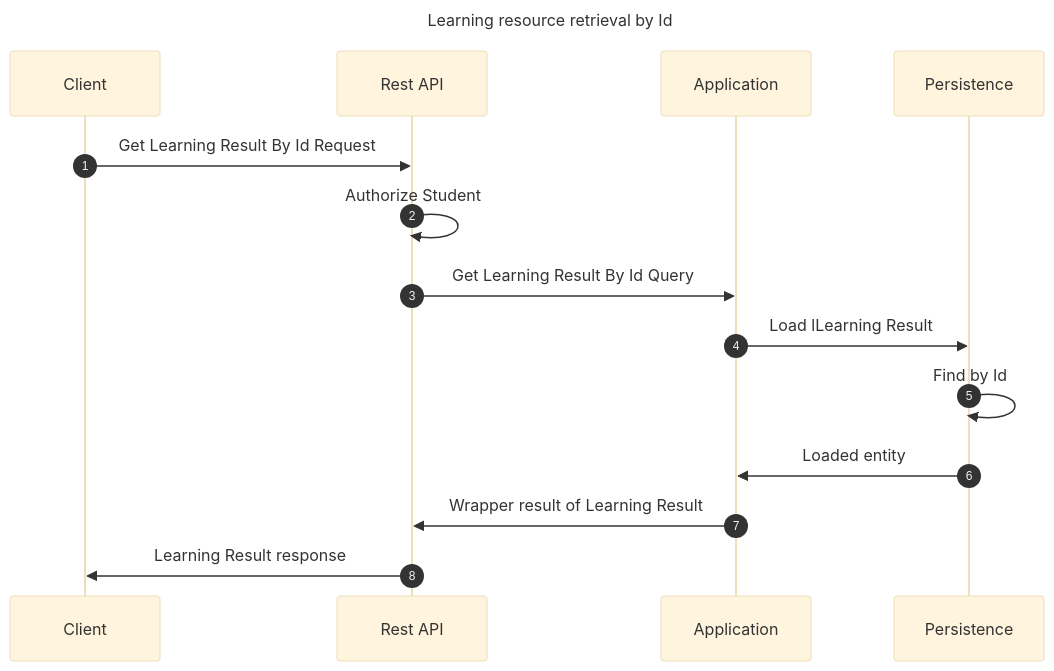
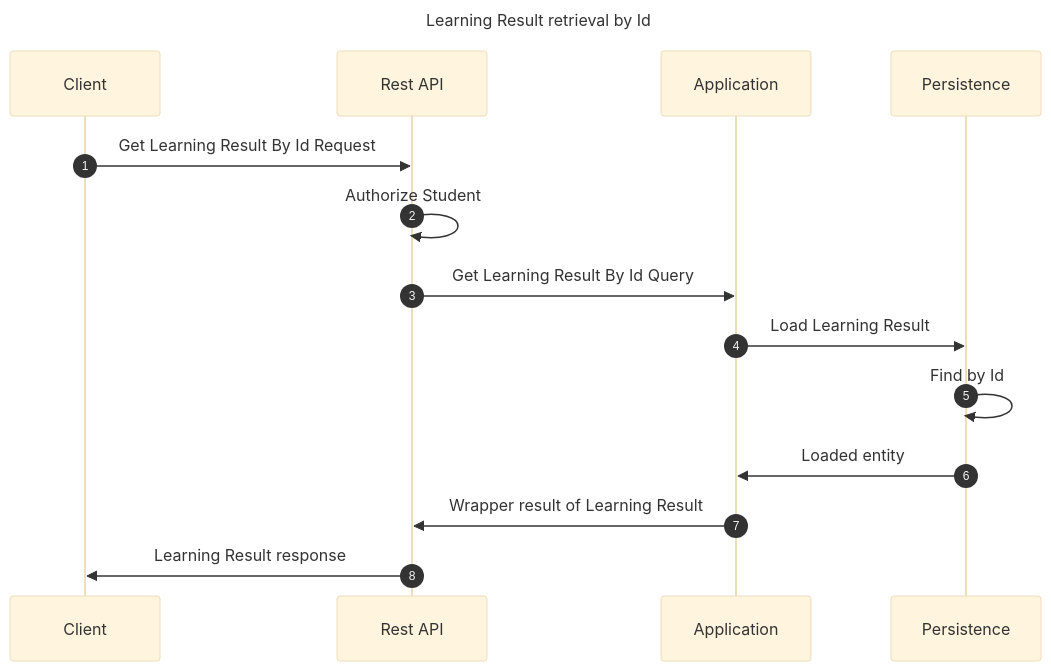
One commit to EdutieProject/edutie-backend changed the diagram in docs/edutie/flows/learning/learningresult/GetLearningResultById.md. Above: the diagram before and after it, drawn with Mermaid (base theme).

Commit message:
Fix typos in GetLearningResultById.md

````diff
--- a/docs/edutie/flows/learning/learningresult/GetLearningResultById.md
+++ b/docs/edutie/flows/learning/learningresult/GetLearningResultById.md
@@ -7,19 +7,19 @@
 ```mermaid
 ---
-title: Learning resource retrieval by Id
+title: Learning Result retrieval by Id
 ---
 sequenceDiagram
     participant Client
     participant Rest API
     participant Application
     participant Persistence
     autonumber
     Client ->> Rest API: Get Learning Result By Id Request
     Rest API ->> Rest API: Authorize Student
     Rest API ->> Application: Get Learning Result By Id Query
-    Application ->> Persistence: Load lLearning Result
+    Application ->> Persistence: Load Learning Result
     Persistence ->> Persistence: Find by Id
     Persistence ->> Application: Loaded entity
     Application ->> Rest API: Wrapper result of Learning Result
     Rest API ->> Client: Learning Result response
 ```
````
